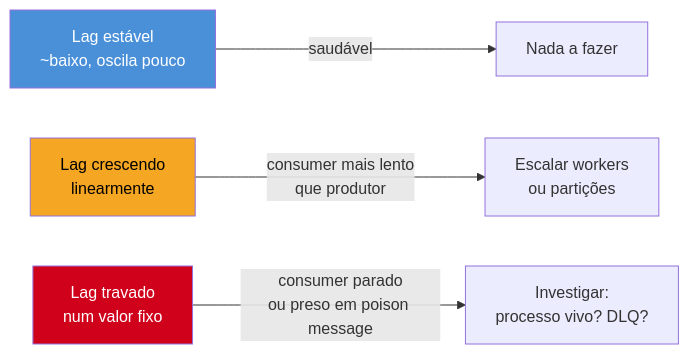
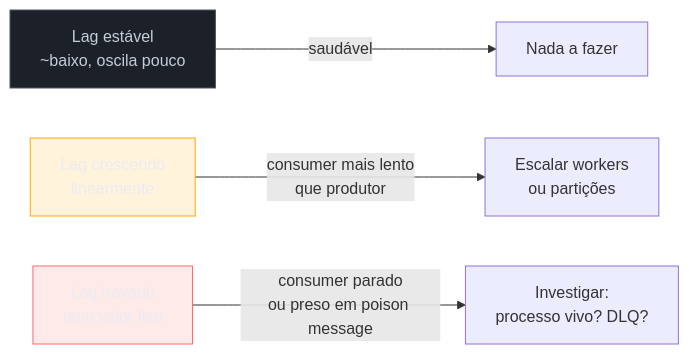
One commit to josenaldo/codex-technomanticus changed the fourth of 4 diagrams in 03-Dominios/Tecnologia/Go/13 - Mensageria/07 - Padrões de processamento.md. Above: the diagram before and after it, drawn with Mermaid. The commit also changed other lines of this file and 1181 other files, not shown here.

First line of the commit message:
fix(diagramas): paleta do sistema no lugar de cor cravada no markdown

````diff
--- a/03-Dominios/Tecnologia/Go/13 - Mensageria/07 - Padrões de processamento.md
+++ b/03-Dominios/Tecnologia/Go/13 - Mensageria/07 - Padrões de processamento.md
@@ -270,10 +274,13 @@
 ```mermaid
 flowchart LR
+    classDef neutro fill:#1B2029,stroke:#4E5666,color:#C6CCD8
+    classDef destaque fill:#FFAA0024,stroke:#FFAA00,color:#E9ECF2
+    classDef falha fill:#FF6B6B24,stroke:#FF6B6B,color:#E9ECF2
     A["Lag estável\n~baixo, oscila pouco"] -->|"saudável"| B["Nada a fazer"]
     C["Lag crescendo\nlinearmente"] -->|"consumer mais lento\nque produtor"| D["Escalar workers\nou partições"]
     E["Lag travado\nnum valor fixo"] -->|"consumer parado\nou preso em poison message"| F["Investigar:\nprocesso vivo? DLQ?"]
 
-    style A fill:#4A90D9,color:#fff
-    style C fill:#F5A623,color:#000
-    style E fill:#D0021B,color:#fff
+    class A neutro
+    class C destaque
+    class E falha
 ```
````
